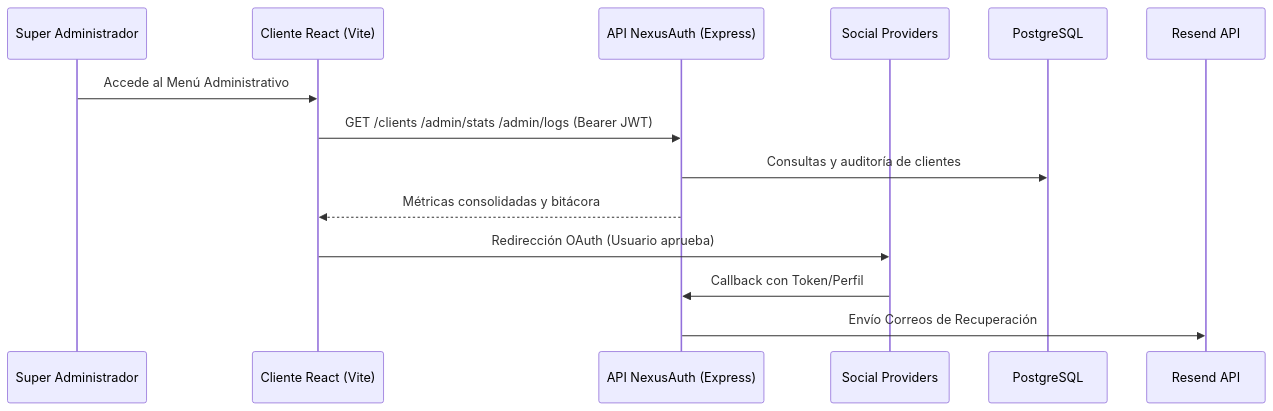
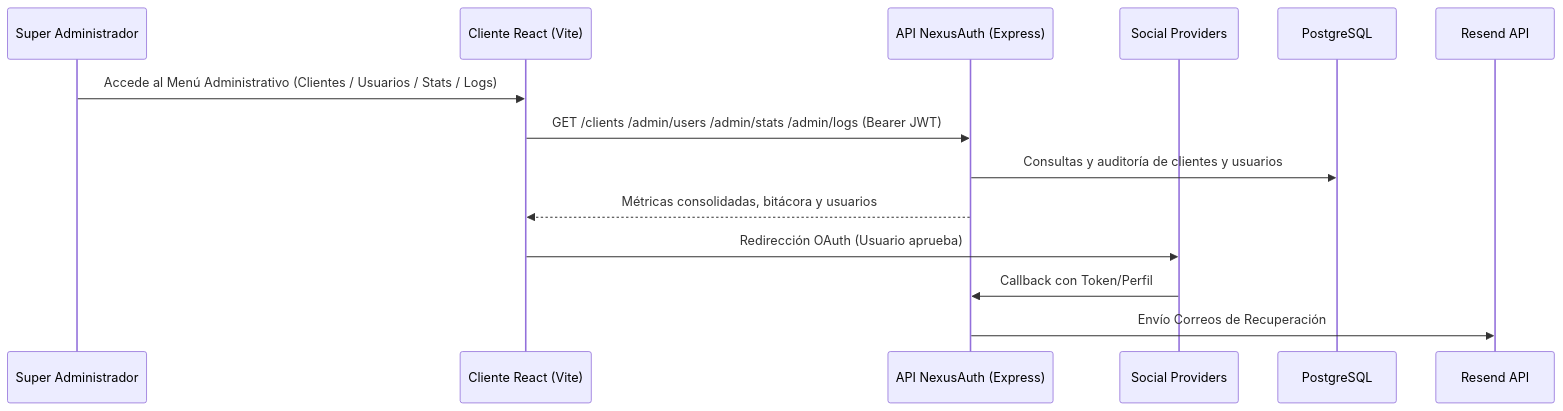
One commit to Marvinilt/NexusAuth changed the first of 4 diagrams in docs/DocumentacionTecnica.md. Above: the diagram before and after it, drawn with Mermaid. The commit also changed other lines of this file and 10 other files, not shown here.

First line of the commit message:
feat(admin-users): implementar modulo de gestion de usuarios multicliente y reinicio remoto de mfa

````diff
--- a/docs/DocumentacionTecnica.md
+++ b/docs/DocumentacionTecnica.md
@@ -18,17 +19,17 @@
 ```mermaid
 sequenceDiagram
     participant SuperAdmin as Super Administrador
     participant Frontend as Cliente React (Vite)
     participant AuthAPI as API NexusAuth (Express)
     participant OAuth as Social Providers
     participant DB as PostgreSQL
     participant Email as Resend API
     
-    SuperAdmin->>Frontend: Accede al Menú Administrativo
-    Frontend->>AuthAPI: GET /clients /admin/stats /admin/logs (Bearer JWT)
-    AuthAPI->>DB: Consultas y auditoría de clientes
-    AuthAPI-->>Frontend: Métricas consolidadas y bitácora
+    SuperAdmin->>Frontend: Accede al Menú Administrativo (Clientes / Usuarios / Stats / Logs)
+    Frontend->>AuthAPI: GET /clients /admin/users /admin/stats /admin/logs (Bearer JWT)
+    AuthAPI->>DB: Consultas y auditoría de clientes y usuarios
+    AuthAPI-->>Frontend: Métricas consolidadas, bitácora y usuarios
     Frontend->>OAuth: Redirección OAuth (Usuario aprueba)
     OAuth->>AuthAPI: Callback con Token/Perfil
     AuthAPI->>Email: Envío Correos de Recuperación
 ```
````
